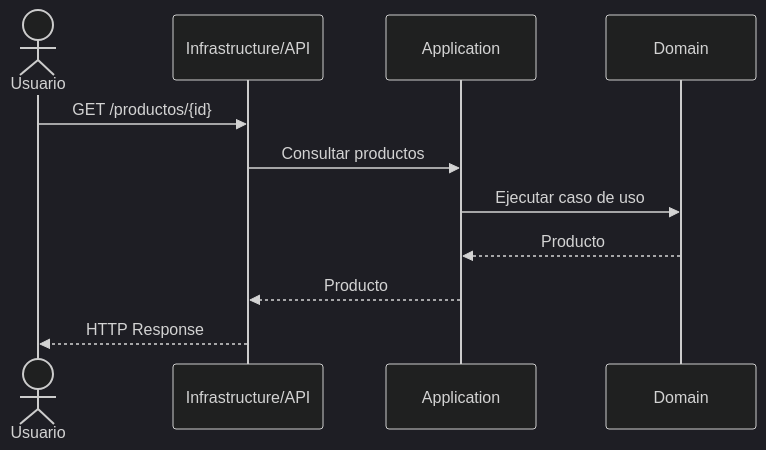
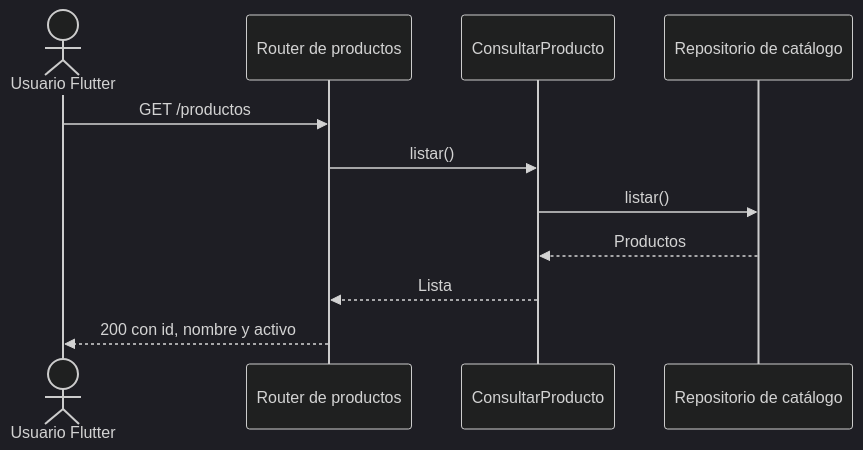
Before and after one commit to ISCOUTB/AS_202620_InvenTrack: the fourth of 7 diagrams in docs/arc42/arc42-template-EN.md, drawn with Mermaid (dark theme). The commit also changed other lines of this file and 28 other files, not shown here.

````diff
--- a/docs/arc42/arc42-template-EN.md
+++ b/docs/arc42/arc42-template-EN.md
@@ -371,20 +367,13 @@
 ```mermaid
 sequenceDiagram
-
-    actor U as Usuario
-    participant API as Infrastructure/API
-    participant APP as Application
-    participant DOM as Domain
-
-    U->>API: GET /productos/{id}
-
-    API->>APP: Consultar productos
-
-    APP->>DOM: Ejecutar caso de uso
-
-    DOM-->>APP: Producto
-
-    APP-->>API: Producto
-
-    API-->>U: HTTP Response
+    actor U as Usuario Flutter
+    participant API as Router de productos
+    participant APP as ConsultarProducto
+    participant Repo as Repositorio de catálogo
+    U->>API: GET /productos
+    API->>APP: listar()
+    APP->>Repo: listar()
+    Repo-->>APP: Productos
+    APP-->>API: Lista
+    API-->>U: 200 con id, nombre y activo
 ```
````
